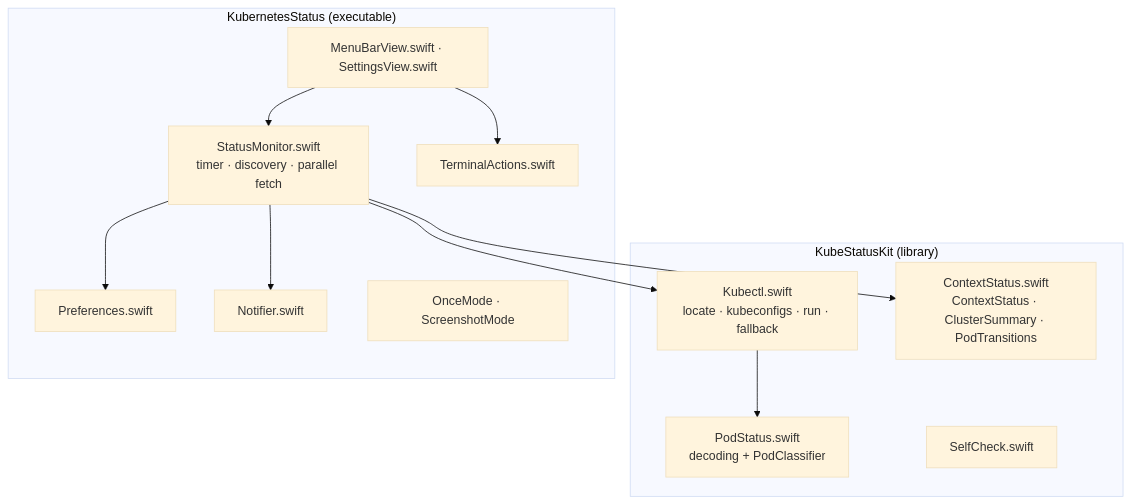
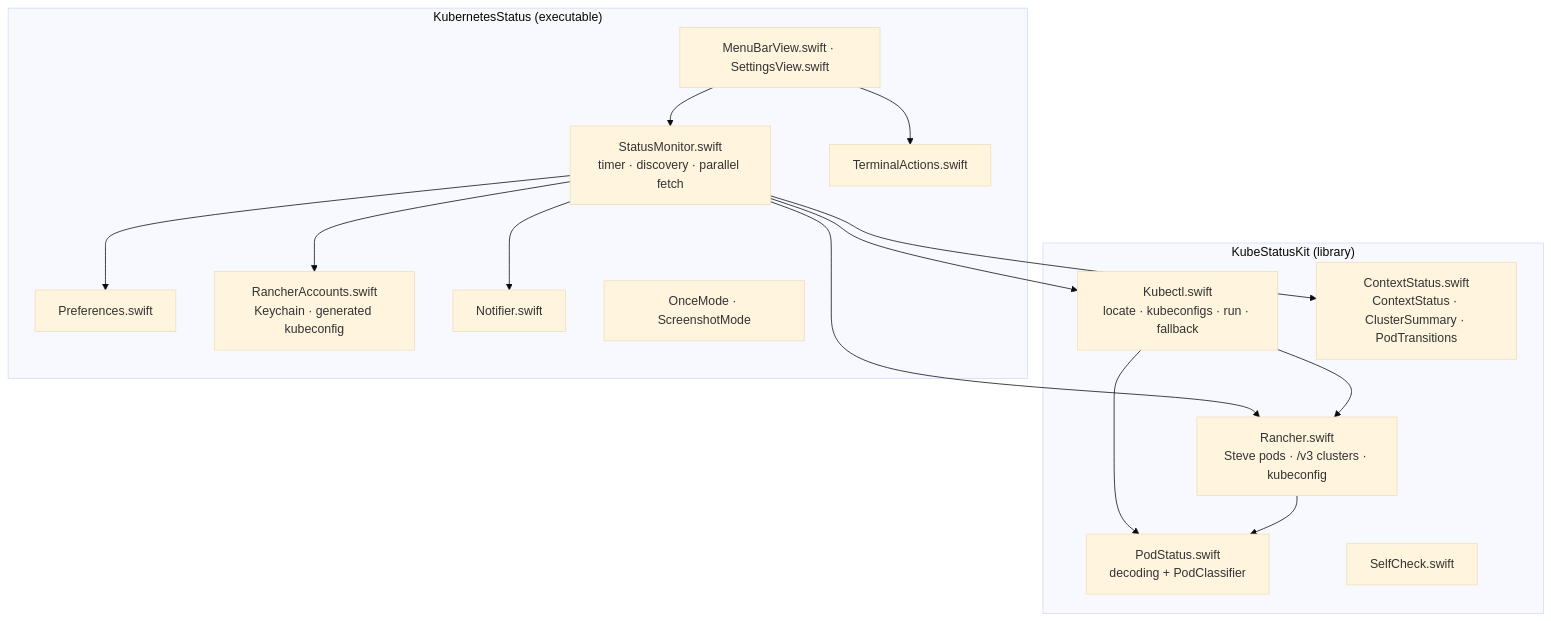
Before and after one commit to recepysl/kubernetes-status: the diagram in docs/ARCHITECTURE.md, drawn with Mermaid (base theme). The commit also changed other lines of this file and 20 other files, not shown here.

````diff
--- a/docs/ARCHITECTURE.md
+++ b/docs/ARCHITECTURE.md
@@ -63,23 +74,28 @@
 ```mermaid
 flowchart TB
     subgraph Kit["KubeStatusKit (library)"]
         K["Kubectl.swift<br/>locate · kubeconfigs · run · fallback"]
+        R["Rancher.swift<br/>Steve pods · /v3 clusters · kubeconfig"]
         P["PodStatus.swift<br/>decoding + PodClassifier"]
         C["ContextStatus.swift<br/>ContextStatus · ClusterSummary · PodTransitions"]
         S["SelfCheck.swift"]
     end
     subgraph App["KubernetesStatus (executable)"]
         M["StatusMonitor.swift<br/>timer · discovery · parallel fetch"]
         PR["Preferences.swift"]
+        RA["RancherAccounts.swift<br/>Keychain · generated kubeconfig"]
         V["MenuBarView.swift · SettingsView.swift"]
         N["Notifier.swift"]
         T["TerminalActions.swift"]
         CLI["OnceMode · ScreenshotMode"]
     end
     M --> K --> P
+    M --> R --> P
+    K --> R
     M --> C
     M --> N
     V --> M
     V --> T
     M --> PR
+    M --> RA
 ```
````
